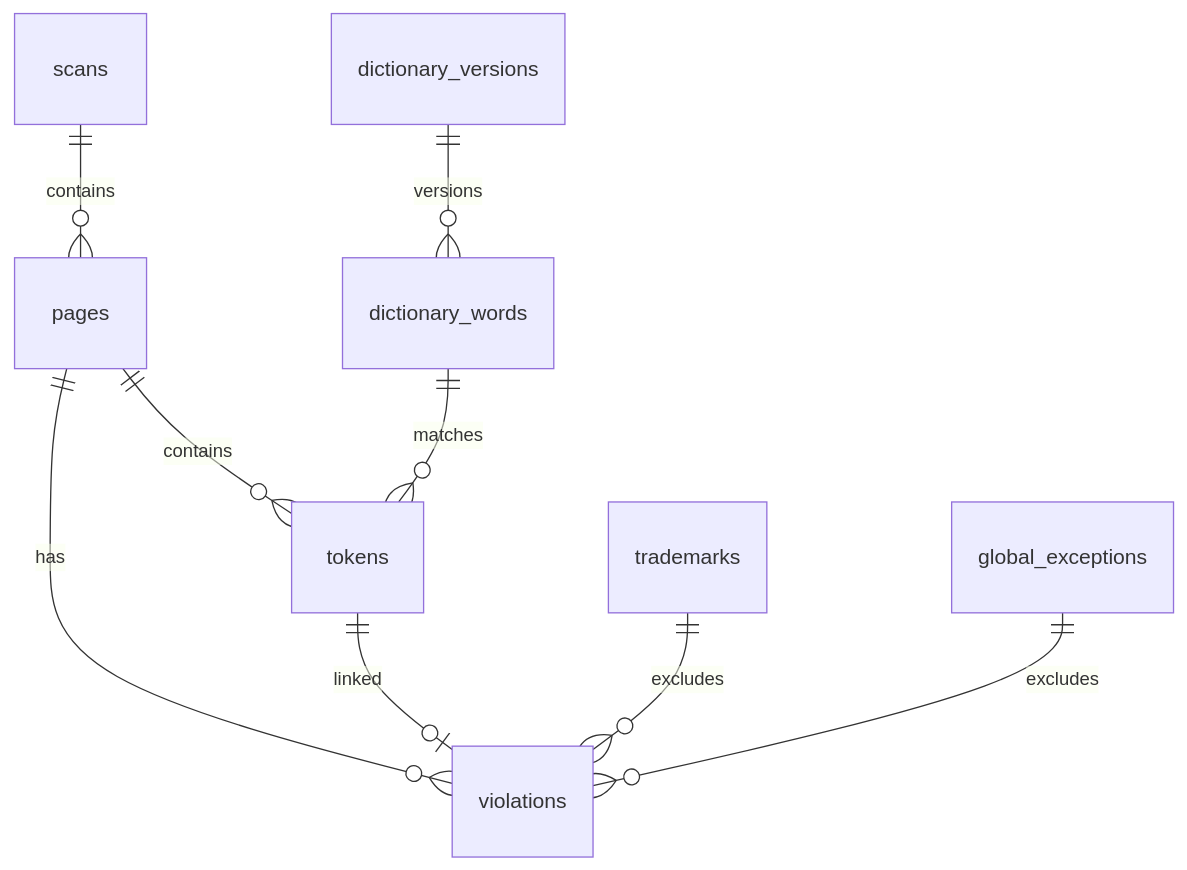
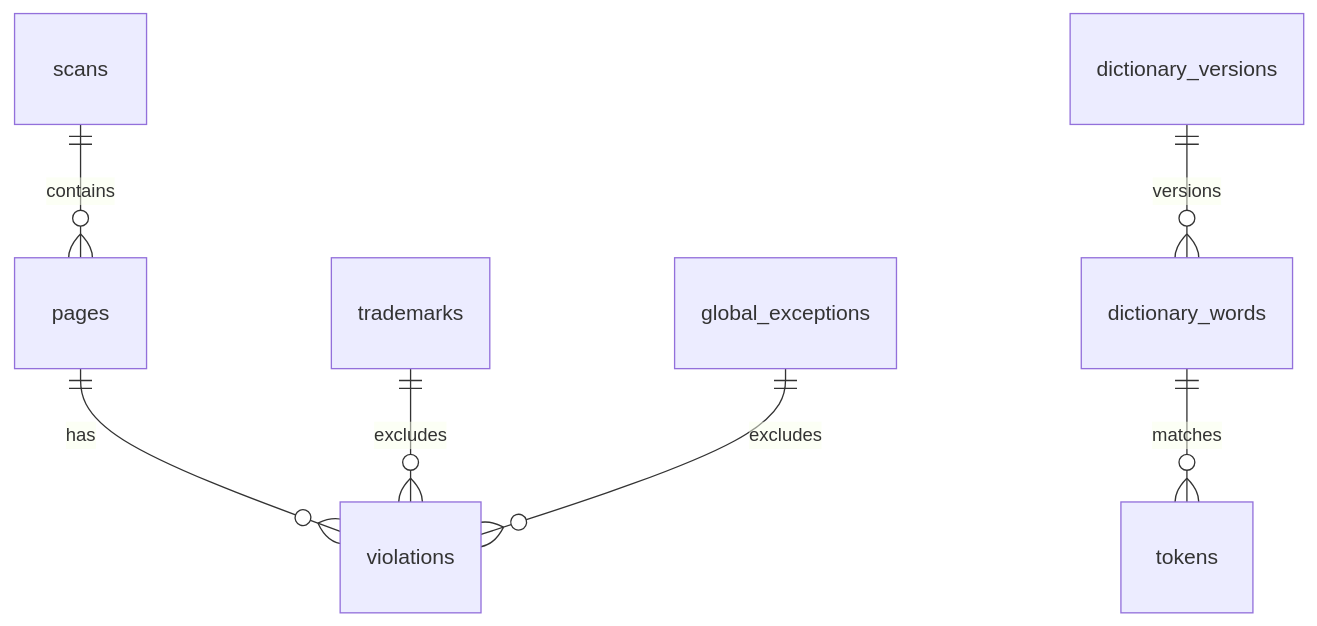
The first of 2 diagrams in docs/data_model.md (andreyradin2017-beep/lingua-check-ru), drawn with Mermaid before and after one commit. The commit also changed other lines of this file and 320 other files, not shown here.

````diff
--- a/docs/data_model.md
+++ b/docs/data_model.md
@@ -11,11 +11,9 @@
 ```mermaid
 erDiagram
     scans ||--o{ pages : contains
-    pages ||--o{ tokens : contains
     pages ||--o{ violations : has
-    tokens ||--o| violations : linked
     trademarks ||--o{ violations : excludes
     global_exceptions ||--o{ violations : excludes
     dictionary_words ||--o{ tokens : matches
     dictionary_versions ||--o{ dictionary_words : versions
 ```
````
